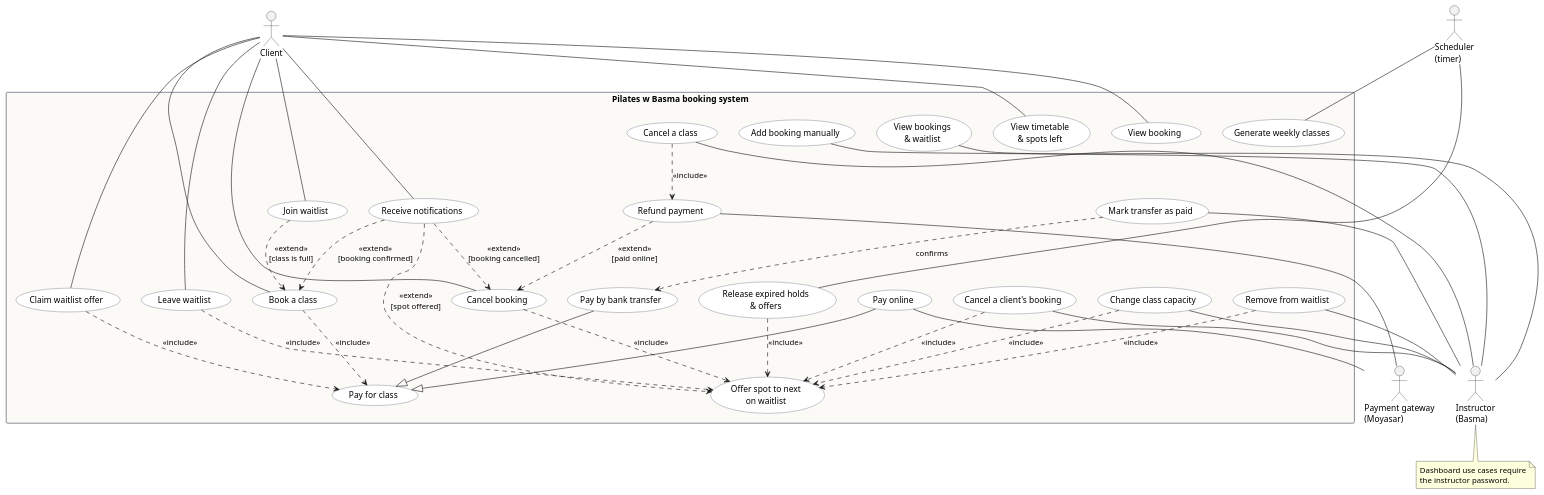
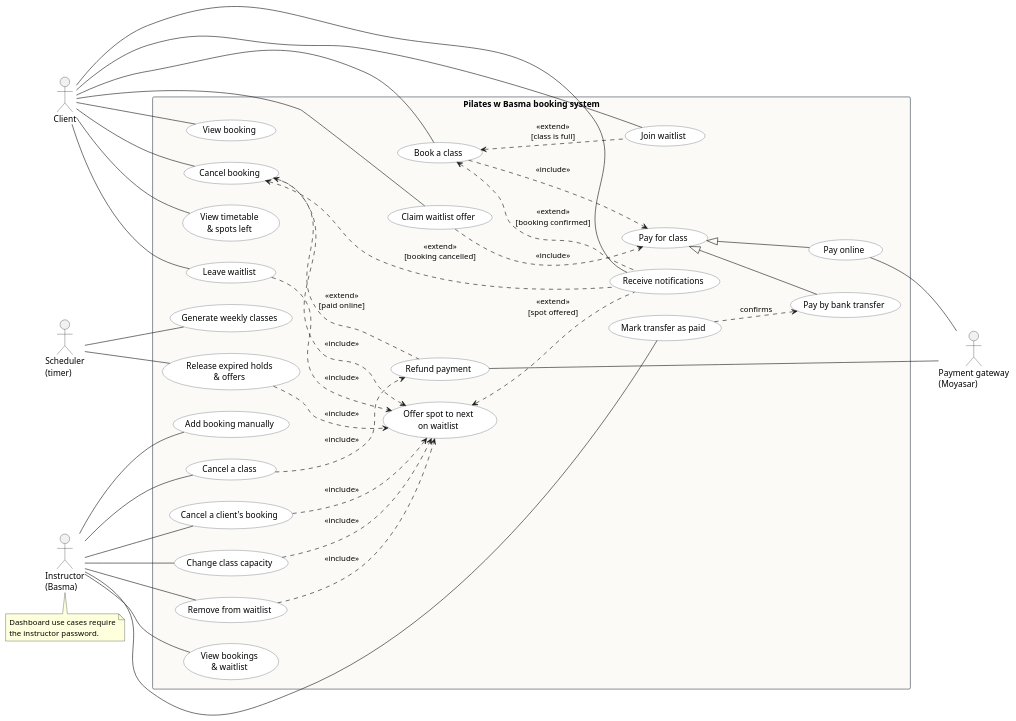
One commit to Jzakai/Pilates-W-Basma changed the diagram in docs/use-case-diagram.puml. Above: the diagram before and after it, drawn with PlantUML. The commit also changed 2 other files, not shown here.

Commit message:
Lay out use case diagram vertically
Use left-to-right direction with all primary actors on the left so use
cases stack in columns, and write extend/generalisation links base-first
so Graphviz keeps base use cases ahead of their extensions.

Claude-Session: https://claude.ai/code/session_01WszsimuRkVmrYAWd9ZGNHB

```diff
--- a/docs/use-case-diagram.puml
+++ b/docs/use-case-diagram.puml
@@ -1,107 +1,108 @@
 @startuml use-case-diagram
 ' Use case diagram for the Pilates w Basma booking system.
 ' Render with https://www.plantuml.com/plantuml or any PlantUML plugin.
 
+left to right direction
 skinparam shadowing false
 skinparam packageStyle rectangle
 skinparam usecase {
   BackgroundColor #FFFFFF
   BorderColor #3D4652
 }
 skinparam rectangle {
   BackgroundColor #FBFAF7
   BorderColor #3D4652
 }
 
 actor Client
+actor "Instructor\n(Basma)" as Instructor
+actor "Scheduler\n(timer)" as Scheduler
 actor "Payment gateway\n(Moyasar)" as Gateway
-actor "Scheduler\n(timer)" as Scheduler
-actor "Instructor\n(Basma)" as Instructor
 
 rectangle "Pilates w Basma booking system" {
   ' Client goals
   usecase "View timetable\n& spots left" as ViewTimetable
   usecase "Book a class" as BookClass
   usecase "Join waitlist" as JoinWaitlist
   usecase "Claim waitlist offer" as ClaimOffer
   usecase "Leave waitlist" as LeaveWaitlist
   usecase "View booking" as ViewBooking
   usecase "Cancel booking" as CancelBooking
   usecase "Receive notifications" as ReceiveNotifications
 
   ' Shared behaviour
   usecase "Pay for class" as Pay
   usecase "Pay online" as PayOnline
   usecase "Pay by bank transfer" as PayTransfer
   usecase "Refund payment" as Refund
   usecase "Offer spot to next\non waitlist" as OfferSpot
 
   ' Automatic jobs
   usecase "Generate weekly classes" as GenerateClasses
   usecase "Release expired holds\n& offers" as ReleaseHolds
 
   ' Instructor dashboard
   usecase "View bookings\n& waitlist" as ViewBookings
   usecase "Mark transfer as paid" as MarkPaid
   usecase "Add booking manually" as AddBooking
   usecase "Cancel a class" as CancelClass
   usecase "Cancel a client's booking" as CancelClientBooking
   usecase "Change class capacity" as ChangeCapacity
   usecase "Remove from waitlist" as RemoveFromWaitlist
 }
 
 ' --- Actor associations ---
 Client -- ViewTimetable
 Client -- BookClass
 Client -- JoinWaitlist
 Client -- ClaimOffer
 Client -- LeaveWaitlist
 Client -- ViewBooking
 Client -- CancelBooking
 Client -- ReceiveNotifications
 
 PayOnline -- Gateway
 Refund -- Gateway
 
 Scheduler -- GenerateClasses
 Scheduler -- ReleaseHolds
 
-ViewBookings -- Instructor
-MarkPaid -- Instructor
-AddBooking -- Instructor
-CancelClass -- Instructor
-CancelClientBooking -- Instructor
-ChangeCapacity -- Instructor
-RemoveFromWaitlist -- Instructor
+Instructor -- ViewBookings
+Instructor -- MarkPaid
+Instructor -- AddBooking
+Instructor -- CancelClass
+Instructor -- CancelClientBooking
+Instructor -- ChangeCapacity
+Instructor -- RemoveFromWaitlist
 
 ' --- Payment ---
 BookClass ..> Pay : <<include>>
 ClaimOffer ..> Pay : <<include>>
-PayOnline --|> Pay
-PayTransfer --|> Pay
+Pay <|-- PayOnline
+Pay <|-- PayTransfer
 MarkPaid ..> PayTransfer : confirms
 
 ' --- Waitlist ---
-JoinWaitlist ..> BookClass : <<extend>>\n[class is full]
+BookClass <.. JoinWaitlist : <<extend>>\n[class is full]
 CancelBooking ..> OfferSpot : <<include>>
 LeaveWaitlist ..> OfferSpot : <<include>>
 CancelClientBooking ..> OfferSpot : <<include>>
 ChangeCapacity ..> OfferSpot : <<include>>
 RemoveFromWaitlist ..> OfferSpot : <<include>>
 ReleaseHolds ..> OfferSpot : <<include>>
 
 ' --- Refunds ---
-Refund ..> CancelBooking : <<extend>>\n[paid online]
+CancelBooking <.. Refund : <<extend>>\n[paid online]
 CancelClass ..> Refund : <<include>>
 
 ' --- Notifications (sent by email to the client) ---
-ReceiveNotifications ..> BookClass : <<extend>>\n[booking confirmed]
-ReceiveNotifications ..> CancelBooking : <<extend>>\n[booking cancelled]
-ReceiveNotifications ..> OfferSpot : <<extend>>\n[spot offered]
+BookClass <.. ReceiveNotifications : <<extend>>\n[booking confirmed]
+CancelBooking <.. ReceiveNotifications : <<extend>>\n[booking cancelled]
+OfferSpot <.. ReceiveNotifications : <<extend>>\n[spot offered]
 
 note bottom of Instructor
   Dashboard use cases require
   the instructor password.
 end note
 
 @enduml
```
